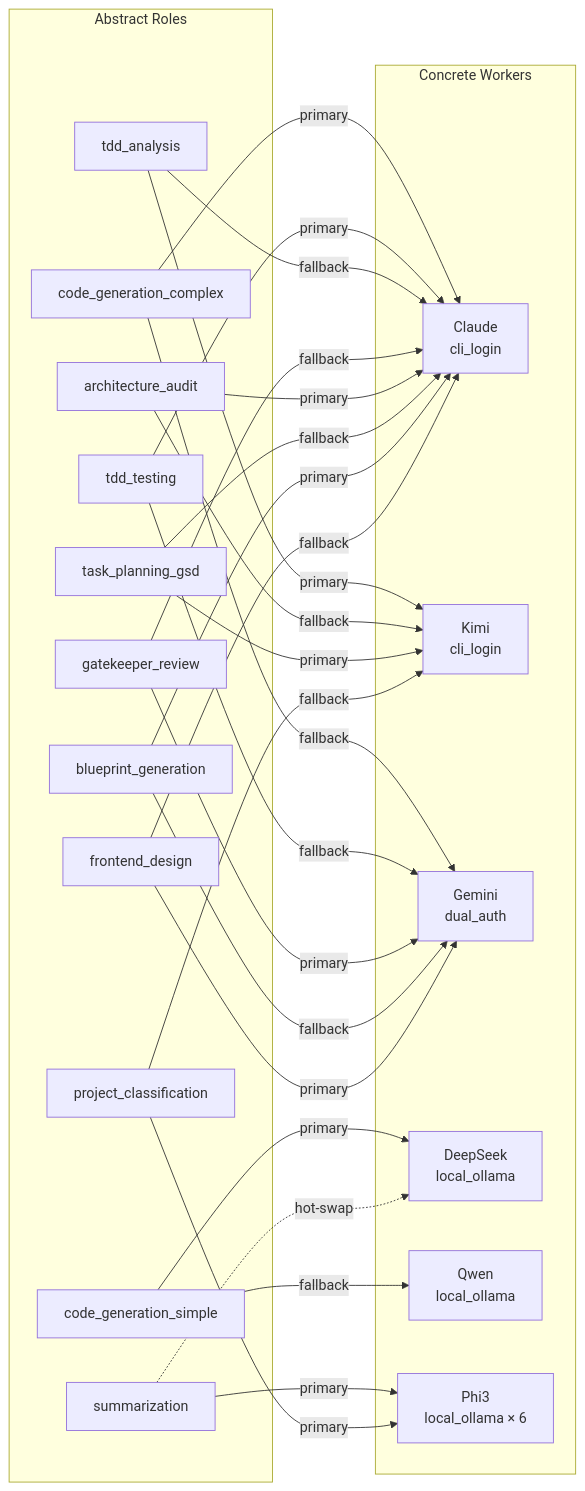
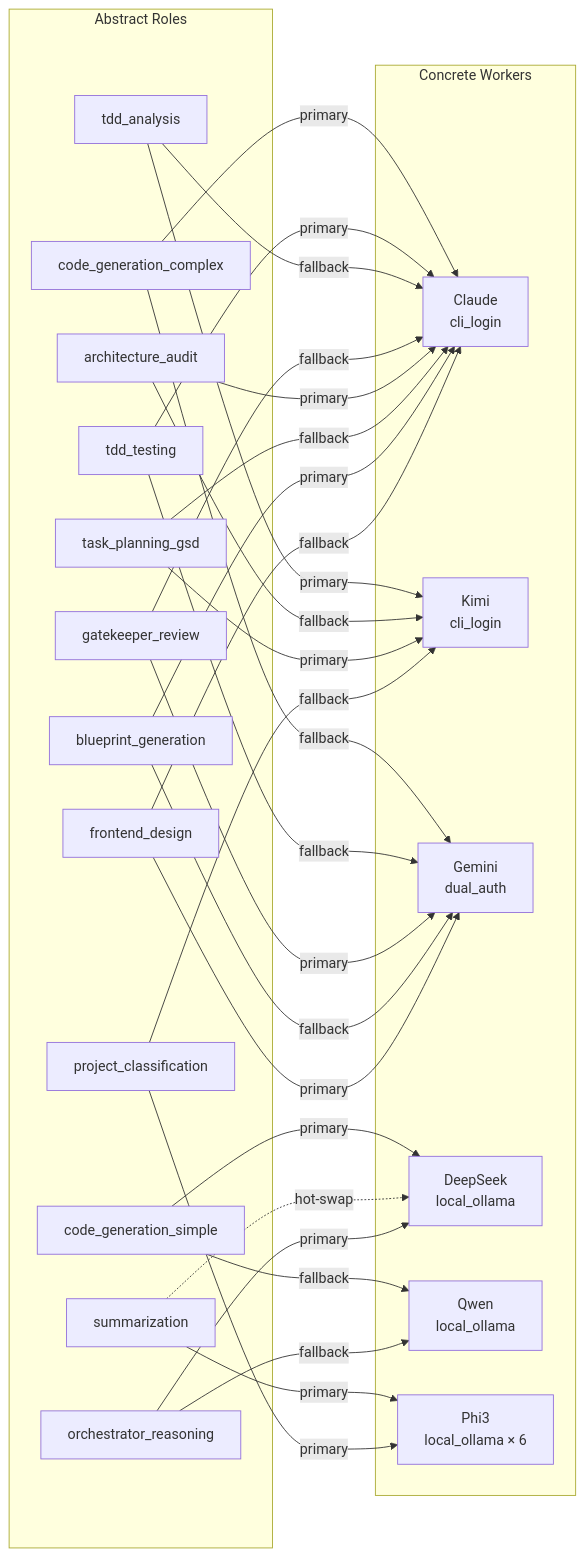
One commit to ai-meharbnsingh/llms_together changed the seventh of 14 diagrams in DaC_diagram.md. Above: the diagram before and after it, drawn with Mermaid. The commit also changed other lines of this file and 22 other files, not shown here.

````diff
--- a/DaC_diagram.md
+++ b/DaC_diagram.md
@@ -323,48 +459,51 @@
 ```mermaid
 graph LR
     subgraph ROLES["Abstract Roles"]
         R1["code_generation_simple"]
         R2["code_generation_complex"]
         R3["tdd_testing"]
         R4["tdd_analysis"]
         R5["gatekeeper_review"]
         R6["architecture_audit"]
         R7["task_planning_gsd"]
         R8["blueprint_generation"]
         R9["summarization"]
         R10["frontend_design"]
         R11["project_classification"]
+        R12["orchestrator_reasoning"]
     end
 
     subgraph WORKERS["Concrete Workers"]
         CL["Claude\ncli_login"]
         KM["Kimi\ncli_login"]
         GM["Gemini\ndual_auth"]
         DS["DeepSeek\nlocal_ollama"]
         QW["Qwen\nlocal_ollama"]
         PH["Phi3\nlocal_ollama × 6"]
     end
 
     R1 -->|primary| DS
     R1 -->|fallback| QW
     R2 -->|primary| CL
     R2 -->|fallback| GM
     R3 -->|primary| CL
     R3 -->|fallback| GM
     R4 -->|primary| KM
     R4 -->|fallback| CL
     R5 -->|primary| GM
     R5 -->|fallback| CL
     R6 -->|primary| CL
     R6 -->|fallback| KM
     R7 -->|primary| KM
     R7 -->|fallback| CL
     R8 -->|primary| CL
     R8 -->|fallback| GM
     R9 -->|primary| PH
     R9 -.->|hot-swap| DS
     R10 -->|primary| GM
     R10 -->|fallback| CL
     R11 -->|primary| PH
     R11 -->|fallback| KM
+    R12 -->|primary| DS
+    R12 -->|fallback| QW
 ```
````
